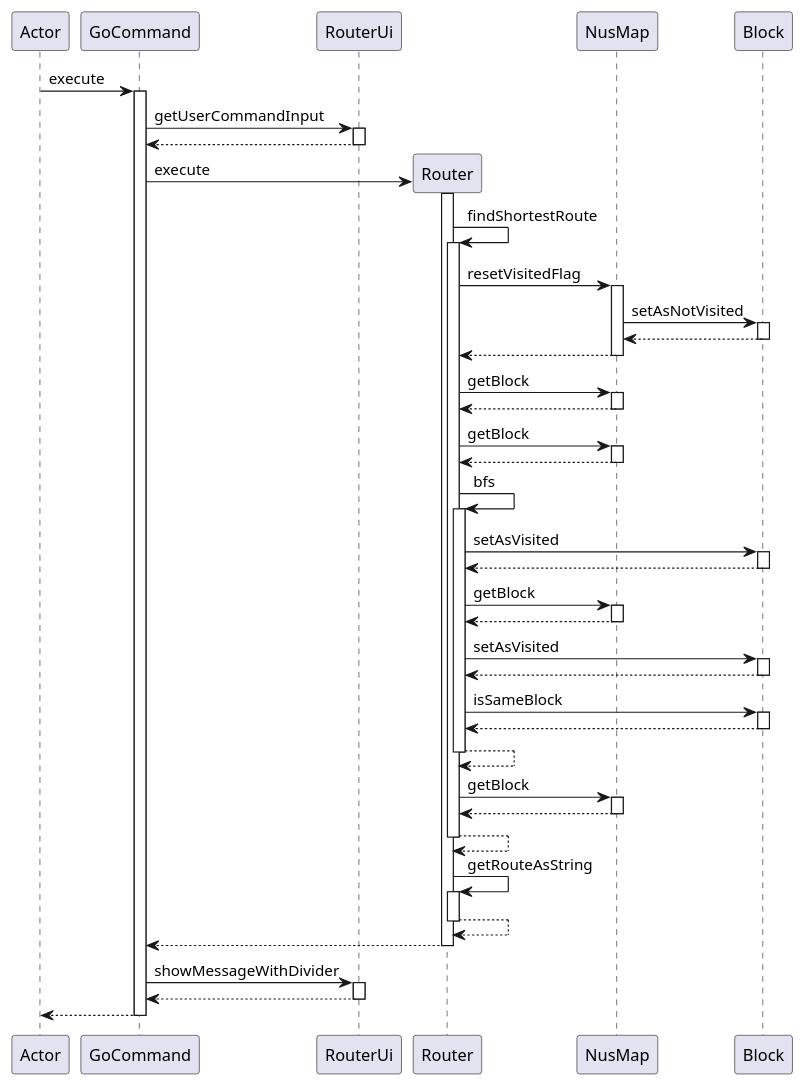
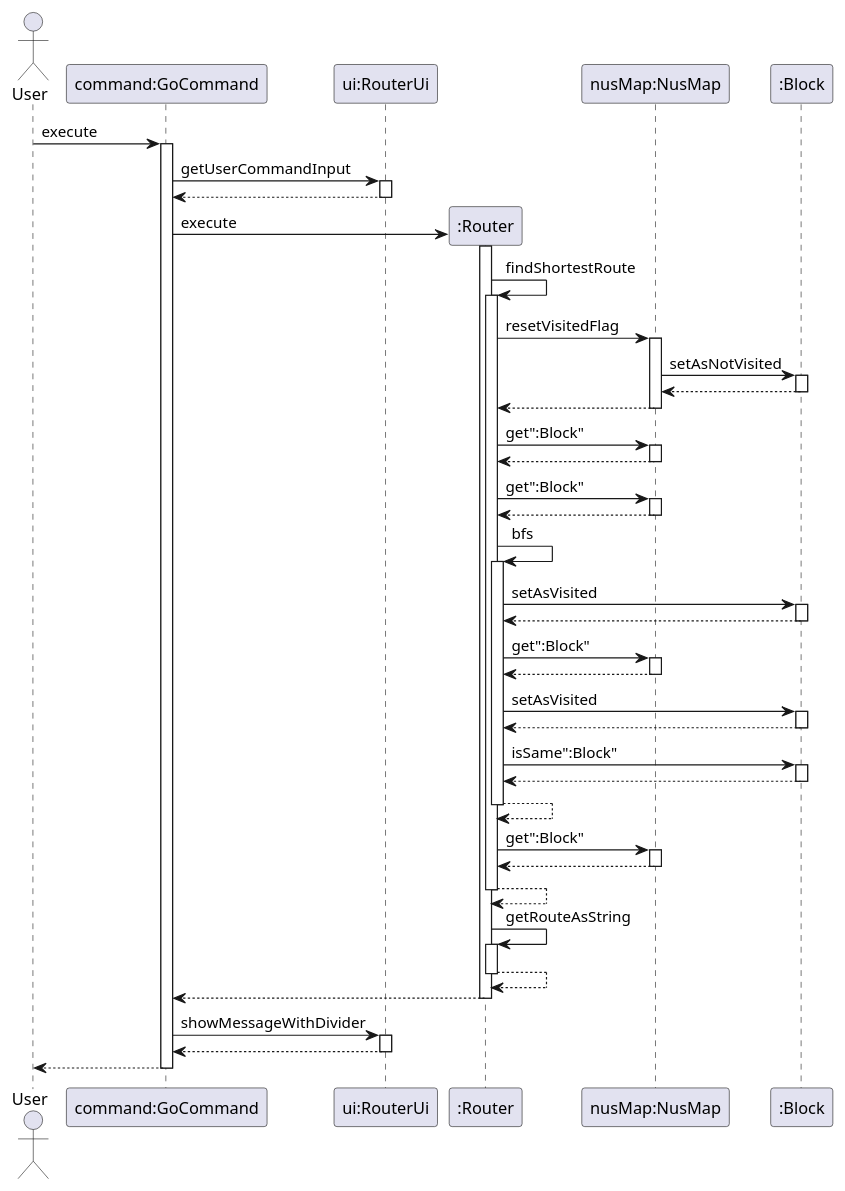
Before and after one commit to nus-cs2113-AY2021S2/tp: the diagram in docs/routersequencediagram.puml, drawn with PlantUML. The commit also changed 7 other files, not shown here.

Commit message:
edited uml diagrams to conform to standard

```diff
--- a/docs/routersequencediagram.puml
+++ b/docs/routersequencediagram.puml
@@ -1,68 +1,68 @@
 @startuml
-participant Actor
-participant GoCommand
-participant RouterUi
-Actor -> GoCommand : execute
-activate GoCommand
-GoCommand -> RouterUi: getUserCommandInput
-activate RouterUi
-RouterUi --> GoCommand:
-deactivate RouterUi
-create Router
-GoCommand -> Router : execute
-activate Router
-Router -> Router : findShortestRoute
-activate Router
-Router -> NusMap : resetVisitedFlag
-activate NusMap
-NusMap -> Block : setAsNotVisited
-activate Block
-Block --> NusMap
-deactivate Block
-NusMap --> Router
-deactivate NusMap
-Router -> NusMap : getBlock
-activate NusMap
-NusMap --> Router
-deactivate NusMap
-Router -> NusMap : getBlock
-activate NusMap
-NusMap --> Router
-deactivate NusMap
-Router -> Router : bfs
-activate Router
-Router -> Block : setAsVisited
-activate Block
-Block --> Router
-deactivate Block
-Router -> NusMap : getBlock
-activate NusMap
-NusMap --> Router
-deactivate NusMap
-Router -> Block : setAsVisited
-activate Block
-Block --> Router
-deactivate Block
-Router -> Block : isSameBlock
-activate Block
-Block --> Router
-deactivate Block
-Router --> Router
-deactivate Router
-Router -> NusMap : getBlock
-activate NusMap
-NusMap --> Router
-deactivate NusMap
-Router --> Router
-deactivate Router
-Router -> Router : getRouteAsString
-activate Router
-Router --> Router
-deactivate Router
-Router --> GoCommand
-deactivate Router
-GoCommand -> RouterUi: showMessageWithDivider
-activate RouterUi
+actor "User"
+participant "command:GoCommand"
+participant "ui:RouterUi"
+"User" -> "command:GoCommand" : execute
+activate "command:GoCommand"
+"command:GoCommand" -> "ui:RouterUi": getUserCommandInput
+activate "ui:RouterUi"
+"ui:RouterUi" --> "command:GoCommand":
+deactivate "ui:RouterUi"
+create ":Router"
+"command:GoCommand" -> ":Router" : execute
+activate ":Router"
+":Router" -> ":Router" : findShortestRoute
+activate ":Router"
+":Router" -> "nusMap:NusMap" : resetVisitedFlag
+activate "nusMap:NusMap"
+"nusMap:NusMap" -> ":Block" : setAsNotVisited
+activate ":Block"
+":Block" --> "nusMap:NusMap"
+deactivate ":Block"
+"nusMap:NusMap" --> ":Router"
+deactivate "nusMap:NusMap"
+":Router" -> "nusMap:NusMap" : get":Block"
+activate "nusMap:NusMap"
+"nusMap:NusMap" --> ":Router"
+deactivate "nusMap:NusMap"
+":Router" -> "nusMap:NusMap" : get":Block"
+activate "nusMap:NusMap"
+"nusMap:NusMap" --> ":Router"
+deactivate "nusMap:NusMap"
+":Router" -> ":Router" : bfs
+activate ":Router"
+":Router" -> ":Block" : setAsVisited
+activate ":Block"
+":Block" --> ":Router"
+deactivate ":Block"
+":Router" -> "nusMap:NusMap" : get":Block"
+activate "nusMap:NusMap"
+"nusMap:NusMap" --> ":Router"
+deactivate "nusMap:NusMap"
+":Router" -> ":Block" : setAsVisited
+activate ":Block"
+":Block" --> ":Router"
+deactivate ":Block"
+":Router" -> ":Block" : isSame":Block"
+activate ":Block"
+":Block" --> ":Router"
+deactivate ":Block"
+":Router" --> ":Router"
+deactivate ":Router"
+":Router" -> "nusMap:NusMap" : get":Block"
+activate "nusMap:NusMap"
+"nusMap:NusMap" --> ":Router"
+deactivate "nusMap:NusMap"
+":Router" --> ":Router"
+deactivate ":Router"
+":Router" -> ":Router" : getRouteAsString
+activate ":Router"
+":Router" --> ":Router"
+deactivate ":Router"
+":Router" --> "command:GoCommand"
+deactivate ":Router"
+"command:GoCommand" -> "ui:RouterUi": showMessageWithDivider
+activate "ui:RouterUi"
 return
 return
 @enduml
```
